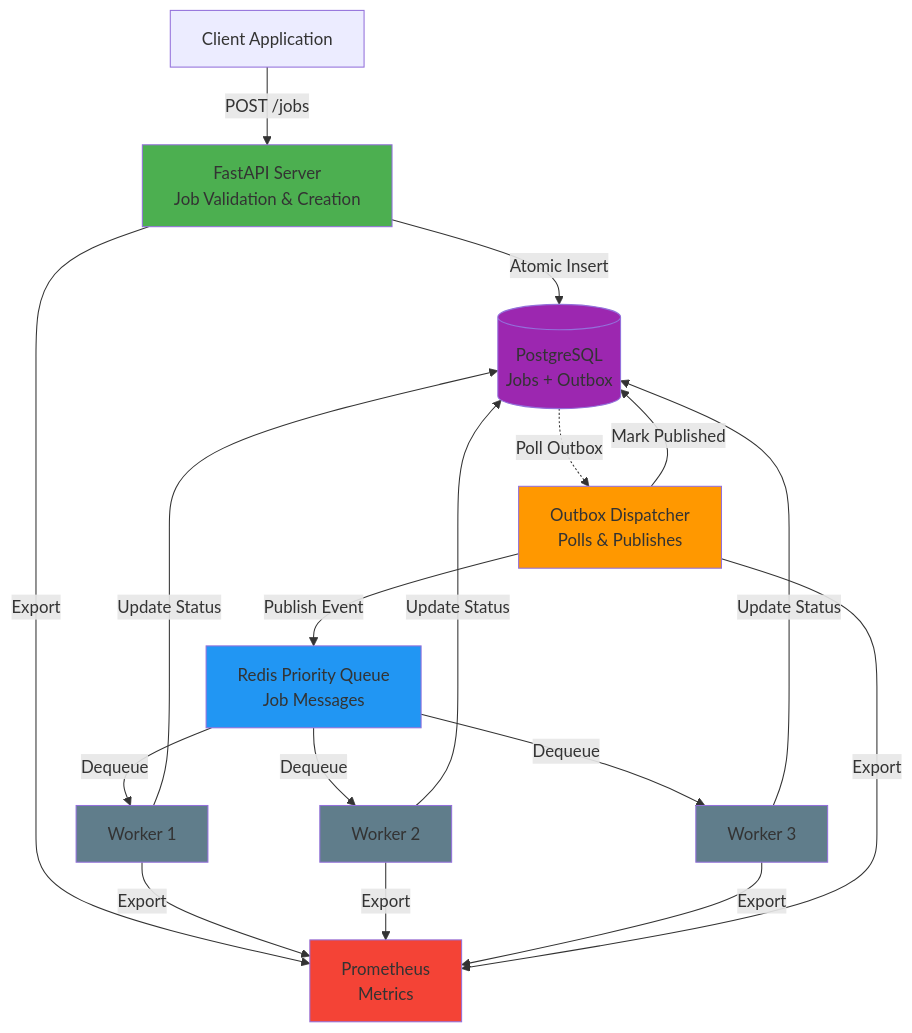
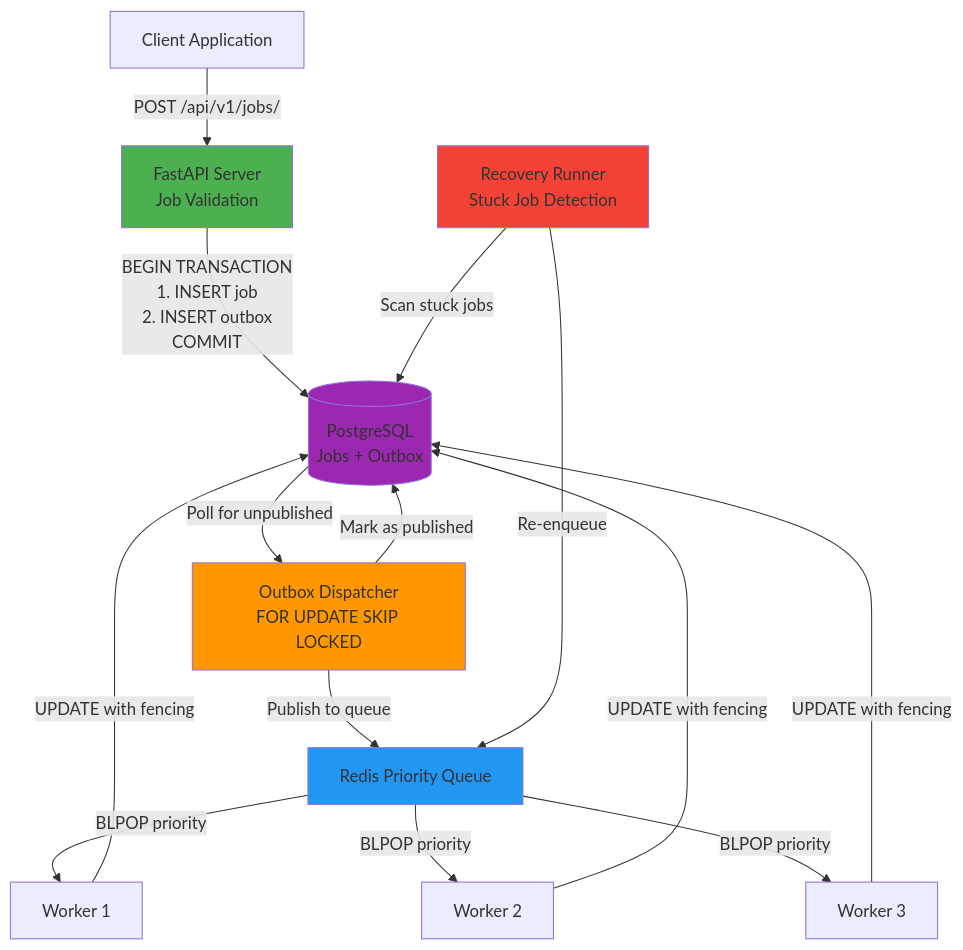
One commit to Latha2308/distributed-job-processing-platform changed the diagram in README.md. Above: the diagram before and after it, drawn with Mermaid. The commit also changed other lines of this file and 32 other files, not shown here.

````diff
--- a/README.md
+++ b/README.md
@@ -111,38 +112,30 @@
 ```mermaid
 graph TB
     Client[Client Application]
-    API[FastAPI Server<br/>Job Validation & Creation]
+    API[FastAPI Server<br/>Job Validation]
     DB[(PostgreSQL<br/>Jobs + Outbox)]
-    Dispatcher[Outbox Dispatcher<br/>Polls & Publishes]
-    Queue[Redis Priority Queue<br/>Job Messages]
+    Dispatcher[Outbox Dispatcher<br/>FOR UPDATE SKIP LOCKED]
+    Queue[Redis Priority Queue]
     W1[Worker 1]
     W2[Worker 2]
     W3[Worker 3]
-    Prom[Prometheus<br/>Metrics]
-    
-    Client -->|POST /jobs| API
-    API -->|Atomic Insert| DB
-    DB -.->|Poll Outbox| Dispatcher
-    Dispatcher -->|Publish Event| Queue
-    Dispatcher -->|Mark Published| DB
-    Queue -->|Dequeue| W1
-    Queue -->|Dequeue| W2
-    Queue -->|Dequeue| W3
-    W1 -->|Update Status| DB
-    W2 -->|Update Status| DB
-    W3 -->|Update Status| DB
-    API -->|Export| Prom
-    W1 -->|Export| Prom
-    W2 -->|Export| Prom
-    W3 -->|Export| Prom
-    Dispatcher -->|Export| Prom
-    
+    Recovery[Recovery Runner<br/>Stuck Job Detection]
+
+    Client -->|POST /api/v1/jobs/| API
+    API -->|BEGIN TRANSACTION<br/>1. INSERT job<br/>2. INSERT outbox<br/>COMMIT| DB
+    DB -->|Poll for unpublished| Dispatcher
+    Dispatcher -->|Publish to queue| Queue
+    Dispatcher -->|Mark as published| DB
+    Queue -->|BLPOP priority| W1
+    Queue -->|BLPOP priority| W2
+    Queue -->|BLPOP priority| W3
+    W1 & W2 & W3 -->|UPDATE with fencing| DB
+    Recovery -->|Scan stuck jobs| DB
+    Recovery -->|Re-enqueue| Queue
+
     style API fill:#4CAF50
     style Dispatcher fill:#FF9800
     style Queue fill:#2196F3
     style DB fill:#9C27B0
-    style W1 fill:#607D8B
-    style W2 fill:#607D8B
-    style W3 fill:#607D8B
-    style Prom fill:#F44336
+    style Recovery fill:#F44336
 ```
````
